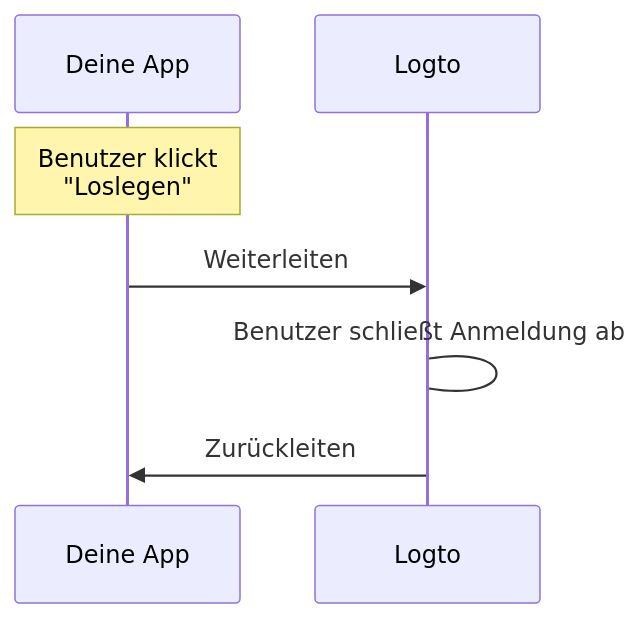
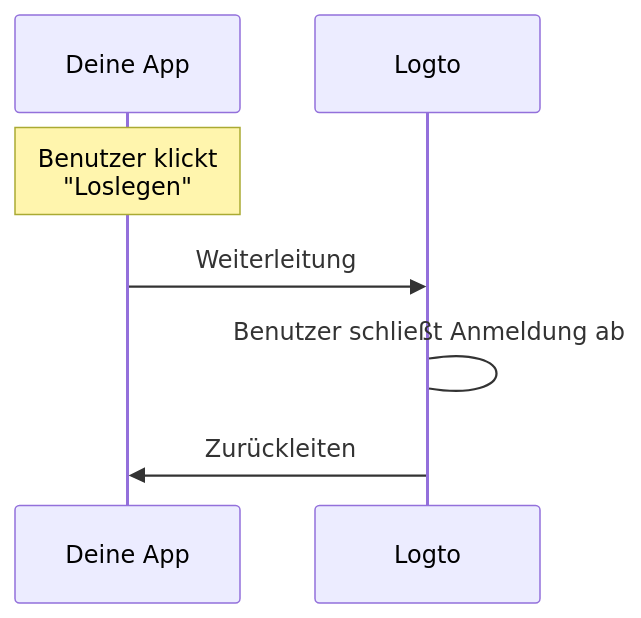
The fourth of 5 diagrams in i18n/de/docusaurus-plugin-content-docs/current/concepts/sign-in-experience.mdx (logto-io/docs), drawn with Mermaid before and after one commit. The commit also changed other lines of this file and 234 other files, not shown here.

````diff
--- a/i18n/de/docusaurus-plugin-content-docs/current/concepts/sign-in-experience.mdx
+++ b/i18n/de/docusaurus-plugin-content-docs/current/concepts/sign-in-experience.mdx
@@ -81,10 +81,10 @@
 ```mermaid
 sequenceDiagram
   participant A as Deine App
   participant B as Logto
 
   Note over A: Benutzer klickt<br/>"Loslegen"
-  A->>B: Weiterleiten
+  A->>B: Weiterleitung
   B->B: Benutzer schließt Anmeldung ab
   B->>A: Zurückleiten
 ```
````
